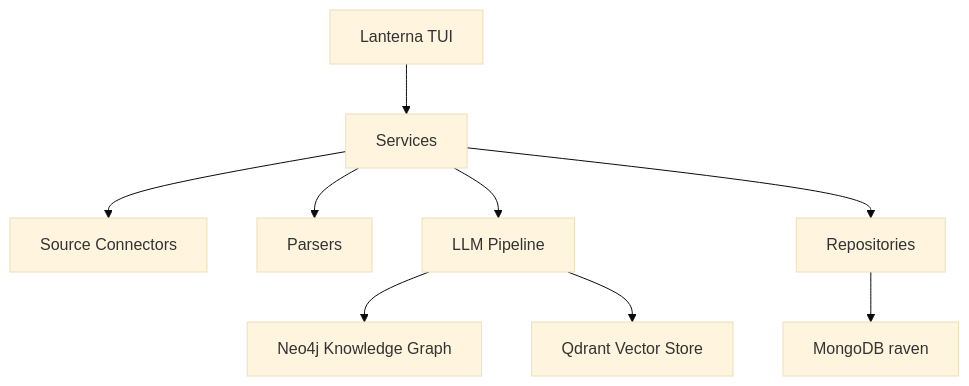
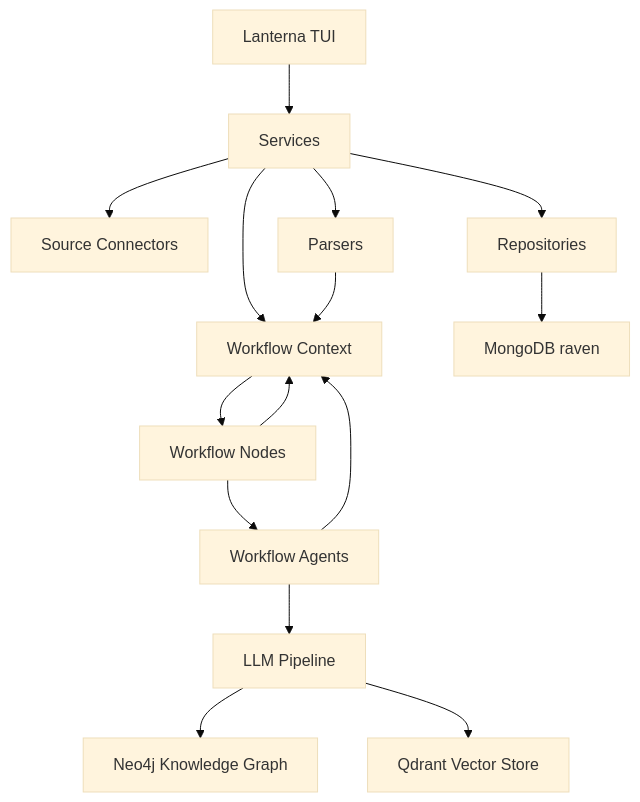
One commit to maxtarquini/osint changed the diagram in docs/technical-architecture.md. Above: the diagram before and after it, drawn with Mermaid (base theme). The commit also changed other lines of this file and 41 other files, not shown here.

````diff
--- a/docs/technical-architecture.md
+++ b/docs/technical-architecture.md
@@ -7,21 +7,30 @@
 ```mermaid
 flowchart TD
     TUI["Lanterna TUI"]
     Services["Services"]
     Connectors["Source Connectors"]
     Parsers["Parsers"]
+    Context["Workflow Context"]
+    Nodes["Workflow Nodes"]
+    Agents["Workflow Agents"]
     Pipeline["LLM Pipeline"]
     Repositories["Repositories"]
     Mongo["MongoDB raven"]
     Neo4j["Neo4j Knowledge Graph"]
     Qdrant["Qdrant Vector Store"]
 
     TUI --> Services
     Services --> Connectors
     Services --> Parsers
-    Services --> Pipeline
+    Services --> Context
+    Parsers --> Context
+    Context --> Nodes
+    Nodes --> Context
+    Nodes --> Agents
+    Agents --> Context
+    Agents --> Pipeline
     Services --> Repositories
     Repositories --> Mongo
     Pipeline --> Neo4j
     Pipeline --> Qdrant
 ```
````
